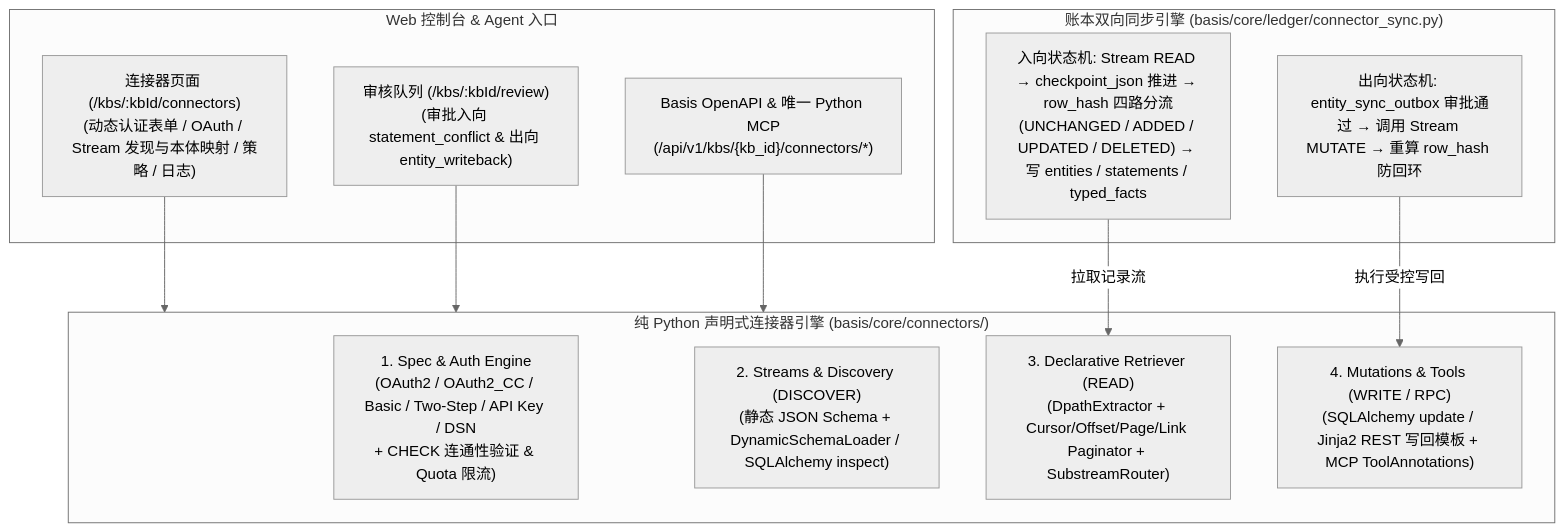
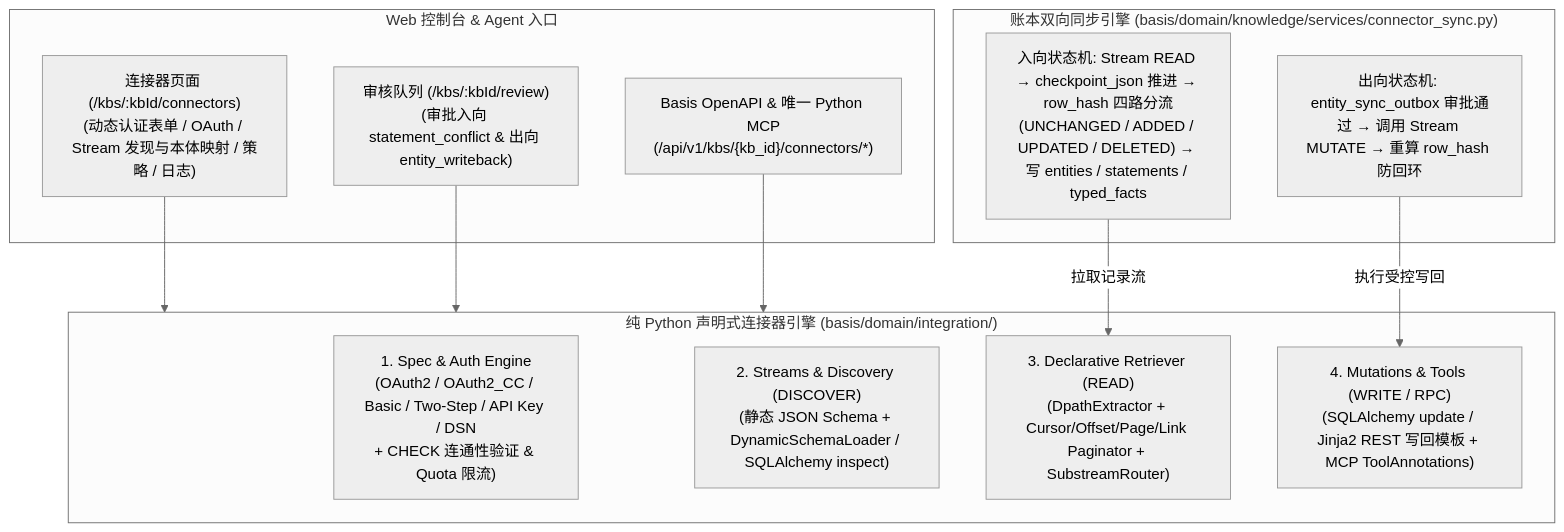
Before and after one commit to FellowOS/basis: the second of 2 diagrams in docs/architecture/connectors/product.md, drawn with Mermaid (neutral theme). The commit also changed other lines of this file and 969 other files, not shown here.

First line of the commit message:
Restructure Python package into interface, application, domain, and infra layers.

````diff
--- a/docs/architecture/connectors/product.md
+++ b/docs/architecture/connectors/product.md
@@ -245,24 +238,24 @@
 ```mermaid
 flowchart TB
   subgraph UI["Web 控制台 & Agent 入口"]
     SRC_UI["连接器页面 (/kbs/:kbId/connectors)\n(动态认证表单 / OAuth / Stream 发现与本体映射 / 策略 / 日志)"]
     REV_UI["审核队列 (/kbs/:kbId/review)\n(审批入向 statement_conflict & 出向 entity_writeback)"]
     MCP_API["Basis OpenAPI & 唯一 Python MCP\n(/api/v1/kbs/{kb_id}/connectors/*)"]
   end
 
-  subgraph BOCP["纯 Python 声明式连接器引擎 (basis/core/connectors/)"]
+  subgraph BOCP["纯 Python 声明式连接器引擎 (basis/domain/integration/)"]
     CAT["1. Spec & Auth Engine\n(OAuth2 / OAuth2_CC / Basic / Two-Step / API Key / DSN\n+ CHECK 连通性验证 & Quota 限流)"]
     DISC["2. Streams & Discovery (DISCOVER)\n(静态 JSON Schema + DynamicSchemaLoader / SQLAlchemy inspect)"]
     RET["3. Declarative Retriever (READ)\n(DpathExtractor + Cursor/Offset/Page/Link Paginator + SubstreamRouter)"]
     MUT["4. Mutations & Tools (WRITE / RPC)\n(SQLAlchemy update / Jinja2 REST 写回模板 + MCP ToolAnnotations)"]
   end
 
-  subgraph LedgerSync["账本双向同步引擎 (basis/core/ledger/connector_sync.py)"]
+  subgraph LedgerSync["账本双向同步引擎 (basis/domain/knowledge/services/connector_sync.py)"]
     IN_SYNC["入向状态机: Stream READ → checkpoint_json 推进 → row_hash 四路分流\n(UNCHANGED / ADDED / UPDATED / DELETED) → 写 entities / statements / typed_facts"]
     OUT_SYNC["出向状态机: entity_sync_outbox 审批通过 → 调用 Stream MUTATE → 重算 row_hash 防回环"]
   end
 
   SRC_UI & REV_UI & MCP_API --> BOCP
   IN_SYNC -->|拉取记录流| RET
   OUT_SYNC -->|执行受控写回| MUT
 ```
````
